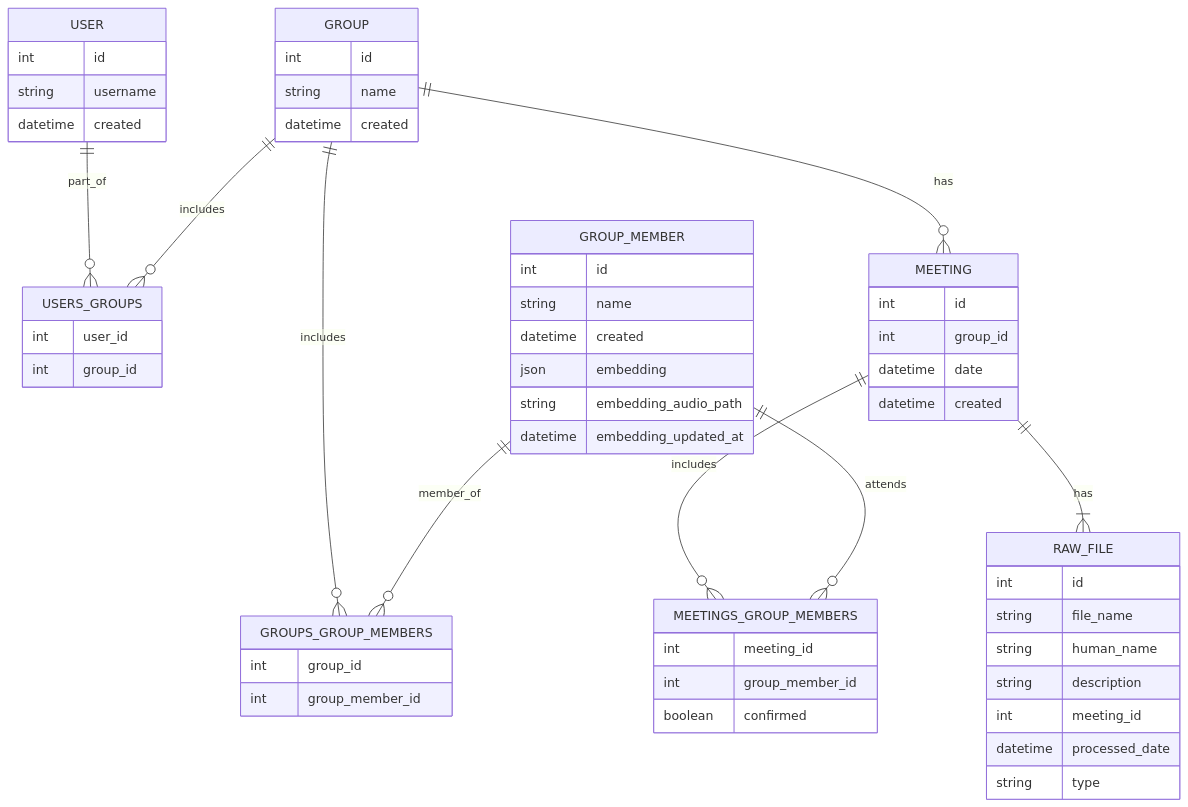
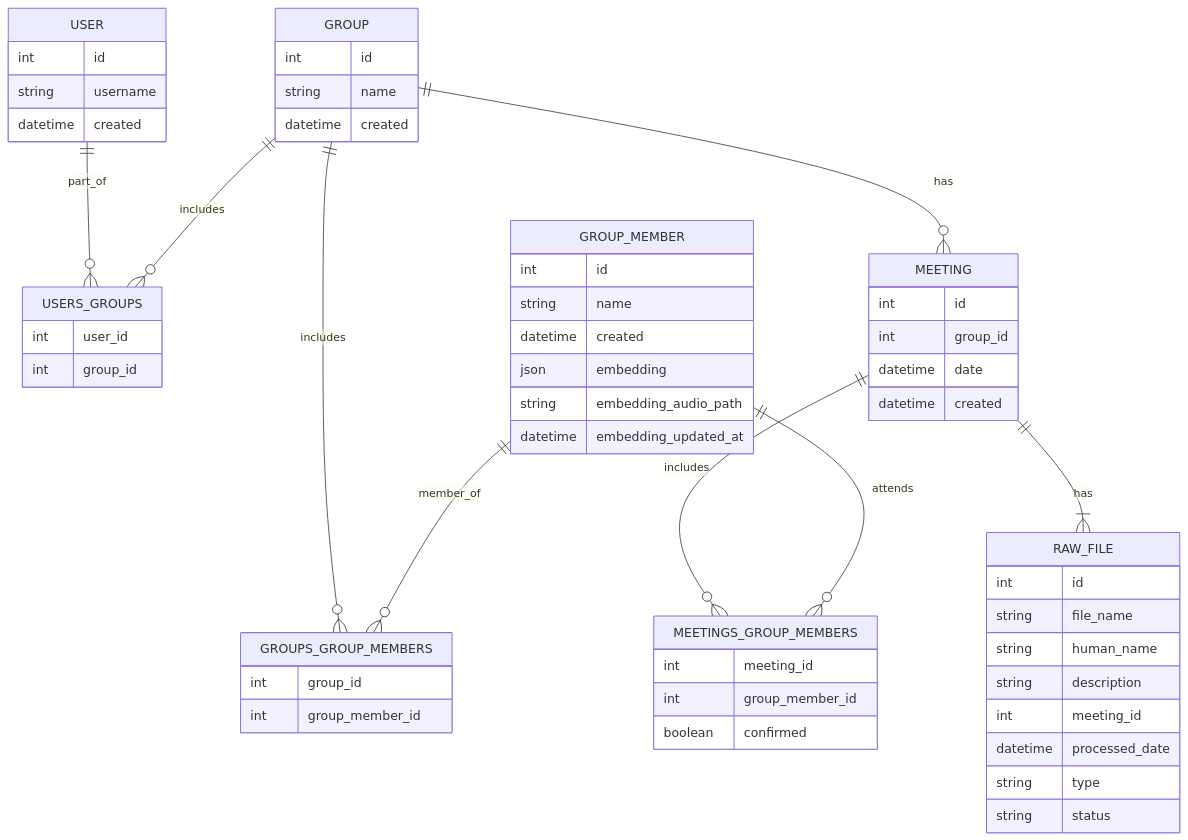
One commit to alunkingusw/meeting_diarisation changed the diagram in backend/docs/database.md. Above: the diagram before and after it, drawn with Mermaid. The commit also changed 2 other files, not shown here.

Commit message:
Updated readme for ERD, added field for RawFile status, and Enum for RawFileType.

````diff
--- a/backend/docs/database.md
+++ b/backend/docs/database.md
@@ -3,3 +3,50 @@
 ```mermaid 
-erDiagram USER ||--o{ USERS_GROUPS : part_of GROUP ||--o{ USERS_GROUPS : includes GROUP ||--o{ GROUPS_GROUP_MEMBERS : includes GROUP_MEMBER ||--o{ GROUPS_GROUP_MEMBERS : member_of MEETING ||--o{ MEETINGS_GROUP_MEMBERS : includes GROUP_MEMBER ||--o{ MEETINGS_GROUP_MEMBERS : attends GROUP ||--o{ MEETING : has MEETING ||--|{ RAW_FILE : has USER { int id string username datetime created } GROUP { int id string name datetime created } GROUP_MEMBER { int id string name datetime created json embedding string embedding_audio_path datetime embedding_updated_at } MEETING { int id int group_id datetime date datetime created } RAW_FILE { int id string file_name string human_name string description int meeting_id datetime processed_date string type } USERS_GROUPS { int user_id int group_id } GROUPS_GROUP_MEMBERS { int group_id int group_member_id } MEETINGS_GROUP_MEMBERS { int meeting_id int group_member_id boolean confirmed }
+erDiagram USER ||--o{ 
+    USERS_GROUPS : part_of GROUP ||--o{ 
+        USERS_GROUPS : includes GROUP ||--o{ 
+            GROUPS_GROUP_MEMBERS : includes GROUP_MEMBER ||--o{ 
+                GROUPS_GROUP_MEMBERS : member_of MEETING ||--o{ 
+                    MEETINGS_GROUP_MEMBERS : includes GROUP_MEMBER ||--o{ 
+                        MEETINGS_GROUP_MEMBERS : attends GROUP ||--o{ 
+                            MEETING : has MEETING ||--|{ 
+                                RAW_FILE : has USER { 
+                                    int id 
+                                    string username 
+                                    datetime created 
+                                } GROUP { 
+                                    int id 
+                                    string name 
+                                    datetime created 
+                                } GROUP_MEMBER { 
+                                    int id 
+                                    string name 
+                                    datetime created 
+                                    json embedding 
+                                    string embedding_audio_path 
+                                    datetime embedding_updated_at 
+                                } MEETING { 
+                                    int id 
+                                    int group_id 
+                                    datetime date 
+                                    datetime created 
+                                } RAW_FILE { 
+                                    int id 
+                                    string file_name 
+                                    string human_name 
+                                    string description 
+                                    int meeting_id 
+                                    datetime processed_date 
+                                    string type 
+                                    string status
+                                } USERS_GROUPS { 
+                                    int user_id 
+                                    int group_id 
+                                } GROUPS_GROUP_MEMBERS { 
+                                    int group_id 
+                                    int group_member_id 
+                                } MEETINGS_GROUP_MEMBERS { 
+                                    int meeting_id 
+                                    int group_member_id 
+                                    boolean confirmed 
+                                }
 ```
````
